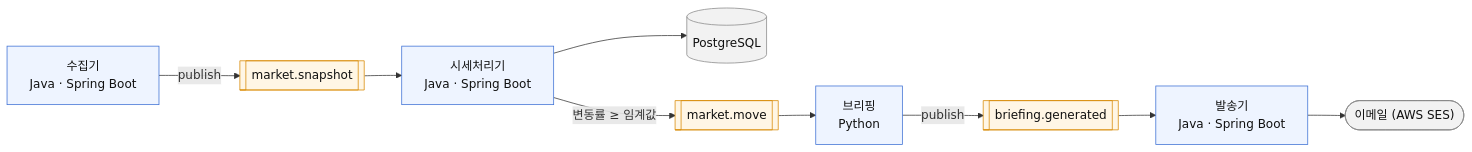
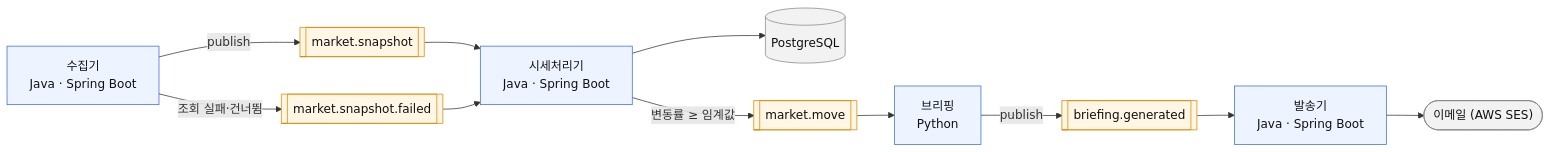
The diagram in README.md (yc0191/stock-reading), drawn with Mermaid before and after one commit. The commit also changed 21 other files, not shown here.

````diff
--- a/README.md
+++ b/README.md
@@ -15,22 +15,24 @@
 ```mermaid
 flowchart LR
     classDef svc fill:#eef4ff,stroke:#3b6fd4,color:#111
     classDef topic fill:#fff6e5,stroke:#d98a00,color:#111
     classDef ext fill:#f2f2f2,stroke:#888,color:#111
 
     C["수집기<br/>Java · Spring Boot"]:::svc
     M["시세처리기<br/>Java · Spring Boot"]:::svc
     B["브리핑<br/>Python"]:::svc
     N["발송기<br/>Java · Spring Boot"]:::svc
     DB[("PostgreSQL")]:::ext
     MAIL(["이메일 (AWS SES)"]):::ext
 
     C -->|publish| S1[["market.snapshot"]]:::topic
+    C -->|"조회 실패·건너뜀"| S0[["market.snapshot.failed"]]:::topic
     S1 --> M
+    S0 --> M
     M --> DB
     M -->|"변동률 ≥ 임계값"| S2[["market.move"]]:::topic
     S2 --> B
     B -->|publish| S3[["briefing.generated"]]:::topic
     S3 --> N
     N --> MAIL
 ```
````
